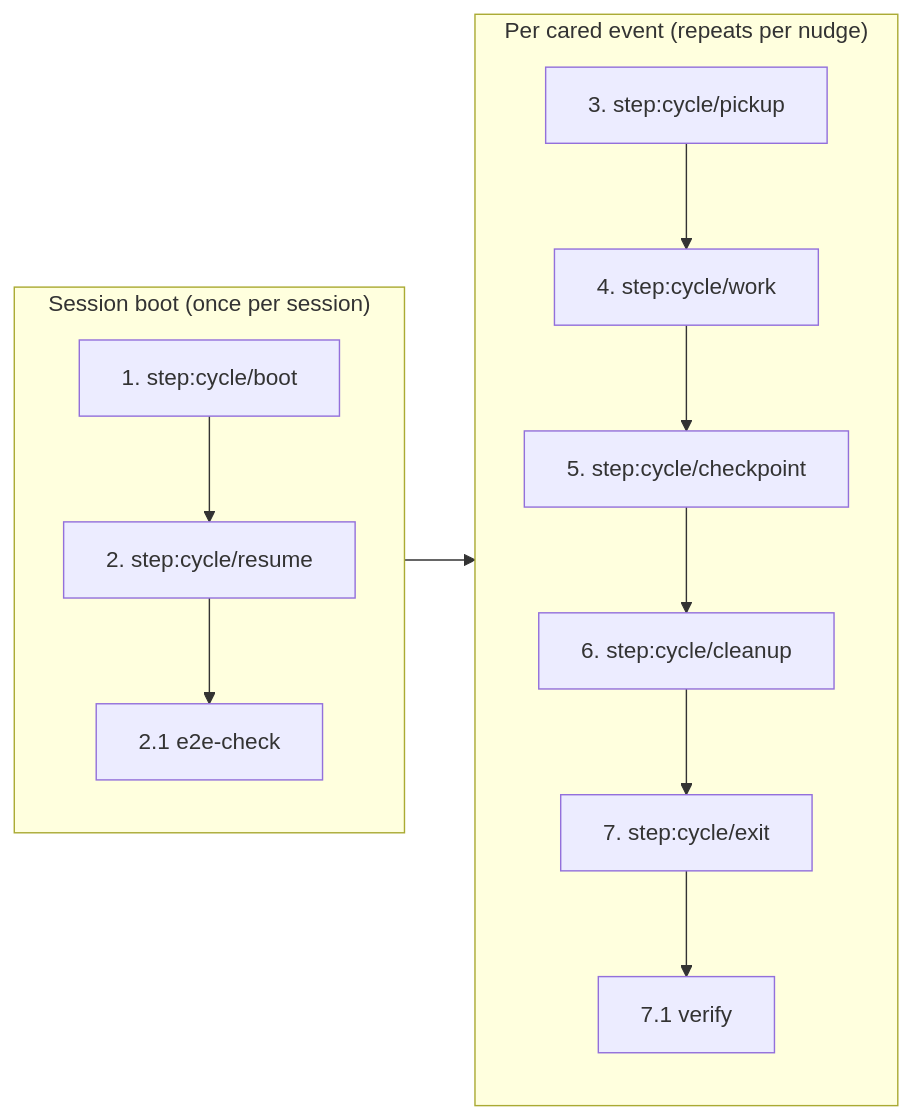
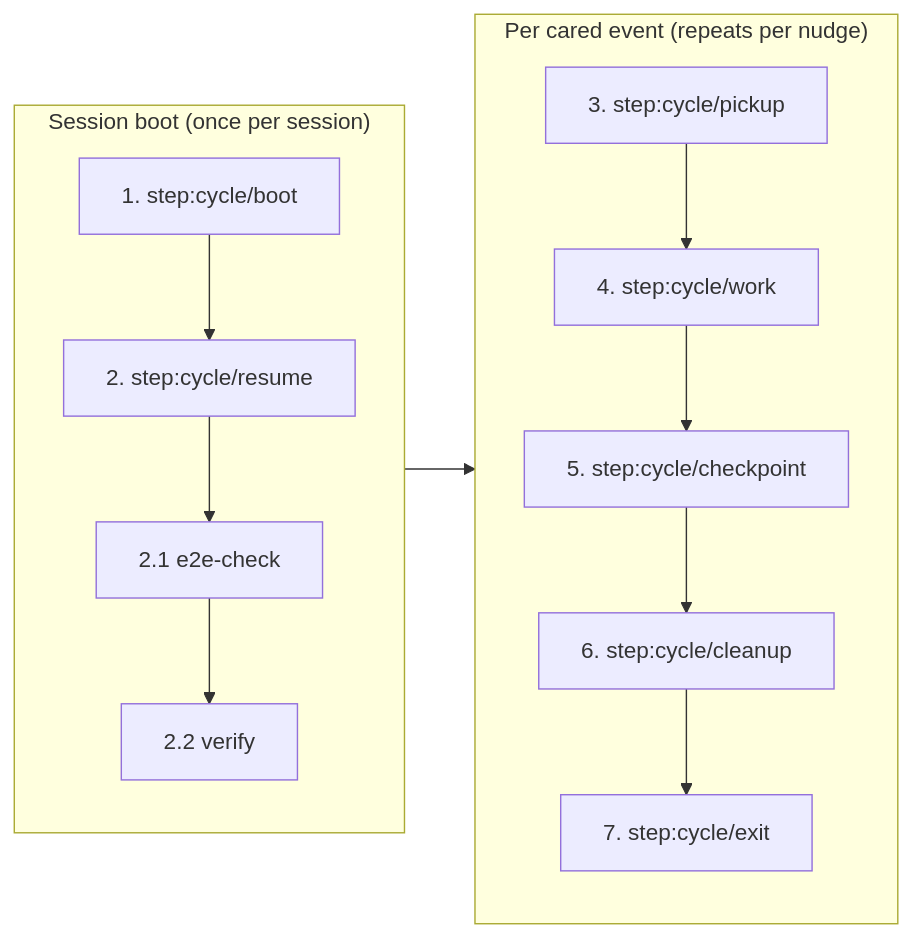
The fourth of 4 diagrams in .squidsquad/qa/CLAUDE.linked.md (WallyDoodlez/SquidSquad), drawn with Mermaid before and after one commit. The commit also changed other lines of this file and 1 other file, not shown here.

````diff
--- a/.squidsquad/qa/CLAUDE.linked.md
+++ b/.squidsquad/qa/CLAUDE.linked.md
@@ -413,24 +415,24 @@
 ```mermaid
 flowchart LR
     subgraph SessionBoot["Session boot (once per session)"]
         S1["1. step:cycle/boot"]
         S2["2. step:cycle/resume"]
         S2_1["2.1 e2e-check"]
+        S2_2["2.2 verify"]
     end
     subgraph WalkLoop["Per cared event (repeats per nudge)"]
         S3["3. step:cycle/pickup"]
         S4["4. step:cycle/work"]
         S5["5. step:cycle/checkpoint"]
         S6["6. step:cycle/cleanup"]
         S7["7. step:cycle/exit"]
-        S7_1["7.1 verify"]
     end
     S1 --> S2
     S2 --> S2_1
+    S2_1 --> S2_2
     S3 --> S4
     S4 --> S5
     S5 --> S6
     S6 --> S7
-    S7 --> S7_1
     SessionBoot --> WalkLoop
 ```
````
